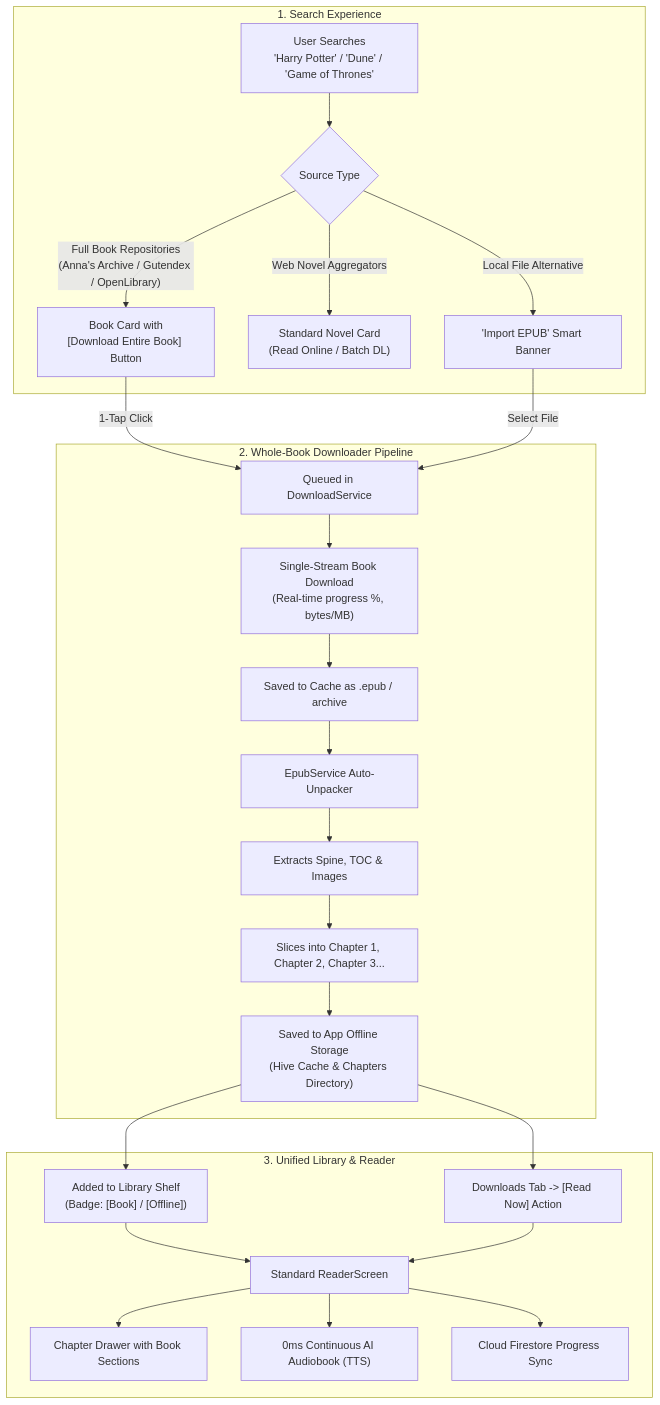
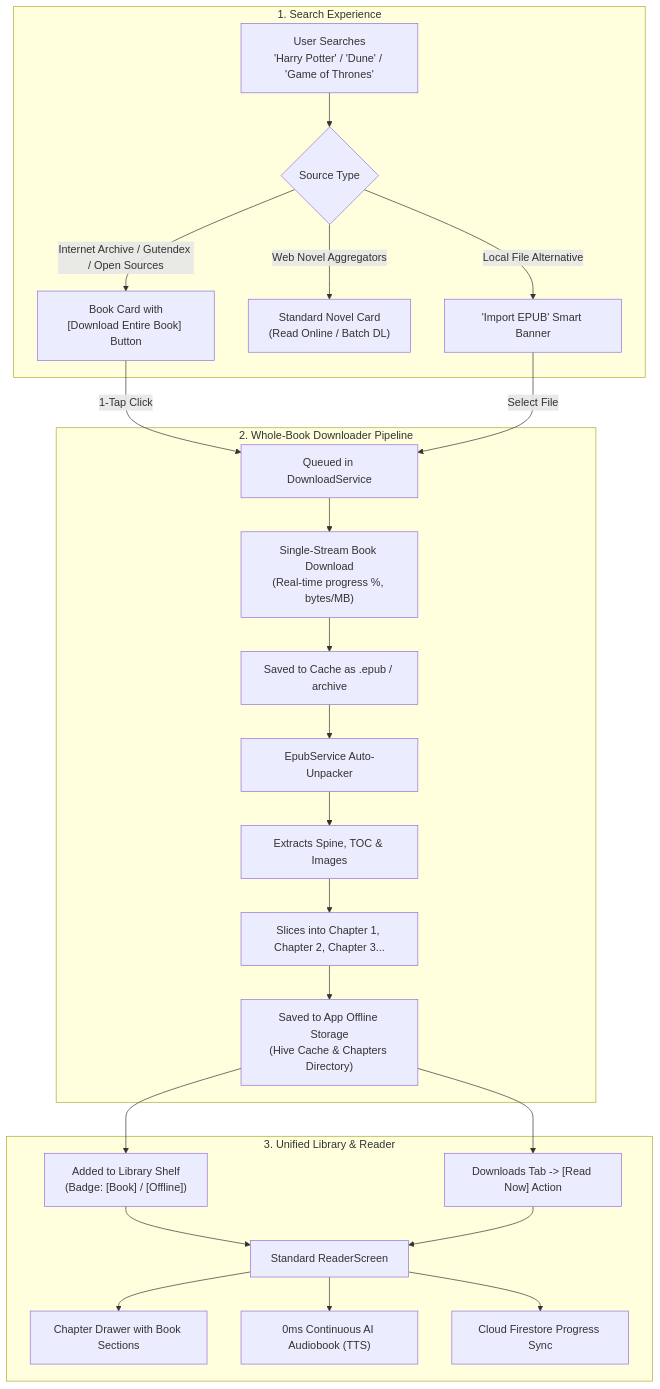
Before and after one commit to AdityaPatra-dev/Novels-World: the diagram in plan.md, drawn with Mermaid. The commit also changed other lines of this file, not shown here.

Commit message:
docs: add archive.org dedicated source and filter out blocked sources in plan

````diff
--- a/plan.md
+++ b/plan.md
@@ -28,30 +28,30 @@
 ```mermaid
 flowchart TD
     subgraph Search["1. Search Experience"]
         S1["User Searches<br/>'Harry Potter' / 'Dune' / 'Game of Thrones'"] --> S2{"Source Type"}
-        S2 -->|"Full Book Repositories<br/>(Anna's Archive / Gutendex / OpenLibrary)"| S3["Book Card with<br/>[Download Entire Book] Button"]
+        S2 -->|"Internet Archive / Gutendex / Open Sources"| S3["Book Card with<br/>[Download Entire Book] Button"]
         S2 -->|"Web Novel Aggregators"| S4["Standard Novel Card<br/>(Read Online / Batch DL)"]
         S2 -->|"Local File Alternative"| S5["'Import EPUB' Smart Banner"]
     end
 
     subgraph DownloadPipeline["2. Whole-Book Downloader Pipeline"]
         S3 -->|"1-Tap Click"| D1["Queued in DownloadService"]
         S5 -->|"Select File"| D1
         D1 --> D2["Single-Stream Book Download<br/>(Real-time progress %, bytes/MB)"]
         D2 --> D3["Saved to Cache as .epub / archive"]
         D3 --> D4["EpubService Auto-Unpacker"]
         D4 --> D5["Extracts Spine, TOC & Images"]
         D5 --> D6["Slices into Chapter 1, Chapter 2, Chapter 3..."]
         D6 --> D7["Saved to App Offline Storage<br/>(Hive Cache & Chapters Directory)"]
     end
 
     subgraph Presentation["3. Unified Library & Reader"]
         D7 --> L1["Added to Library Shelf<br/>(Badge: [Book] / [Offline])"]
         D7 --> D8["Downloads Tab -> [Read Now] Action"]
         L1 --> R1["Standard ReaderScreen"]
         D8 --> R1
         R1 --> R2["Chapter Drawer with Book Sections"]
         R1 --> R3["0ms Continuous AI Audiobook (TTS)"]
         R1 --> R4["Cloud Firestore Progress Sync"]
     end
 ```
````
